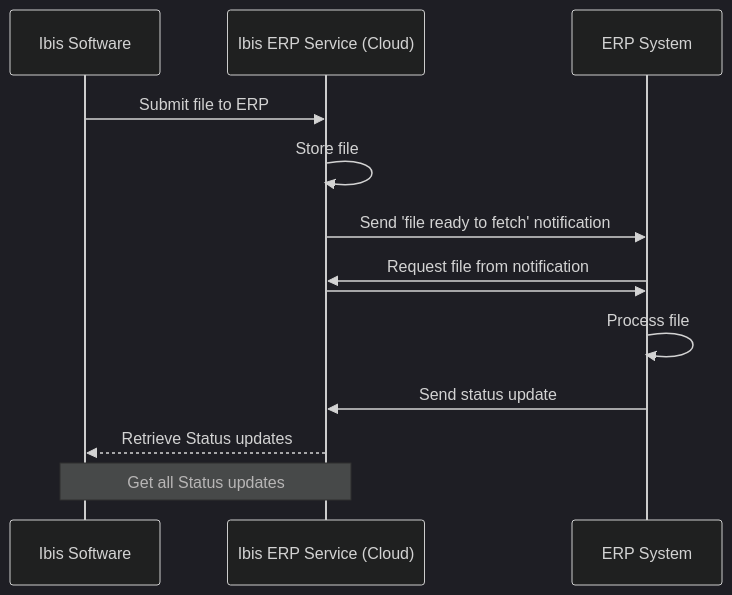
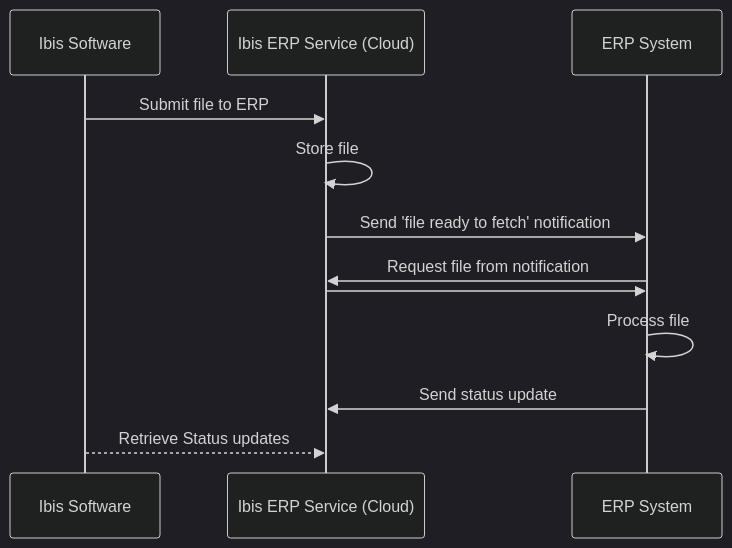
One commit to Brink-Software/Ibis.Dataservice.Demo changed the diagram in README.md. Above: the diagram before and after it, drawn with Mermaid (dark theme). The commit also changed other lines of this file, not shown here.

````diff
--- a/README.md
+++ b/README.md
@@ -12,12 +12,11 @@
 ```mermaid
 sequenceDiagram
   Ibis Software->>Ibis ERP Service (Cloud): Submit file to ERP
   Ibis ERP Service (Cloud)->>Ibis ERP Service (Cloud): Store file
   Ibis ERP Service (Cloud)->>ERP System:Send 'file ready to fetch' notification
   ERP System->>Ibis ERP Service (Cloud): Request file from notification
   Ibis ERP Service (Cloud)->>ERP System: 
   ERP System->>ERP System: Process file
   ERP System->>Ibis ERP Service (Cloud): Send status update
-  Ibis ERP Service (Cloud)-->> Ibis Software: Retrieve Status updates
-  Note over Ibis ERP Service (Cloud),Ibis Software: Get all Status updates
+  Ibis Software -->> Ibis ERP Service (Cloud): Retrieve Status updates
 ```
````
